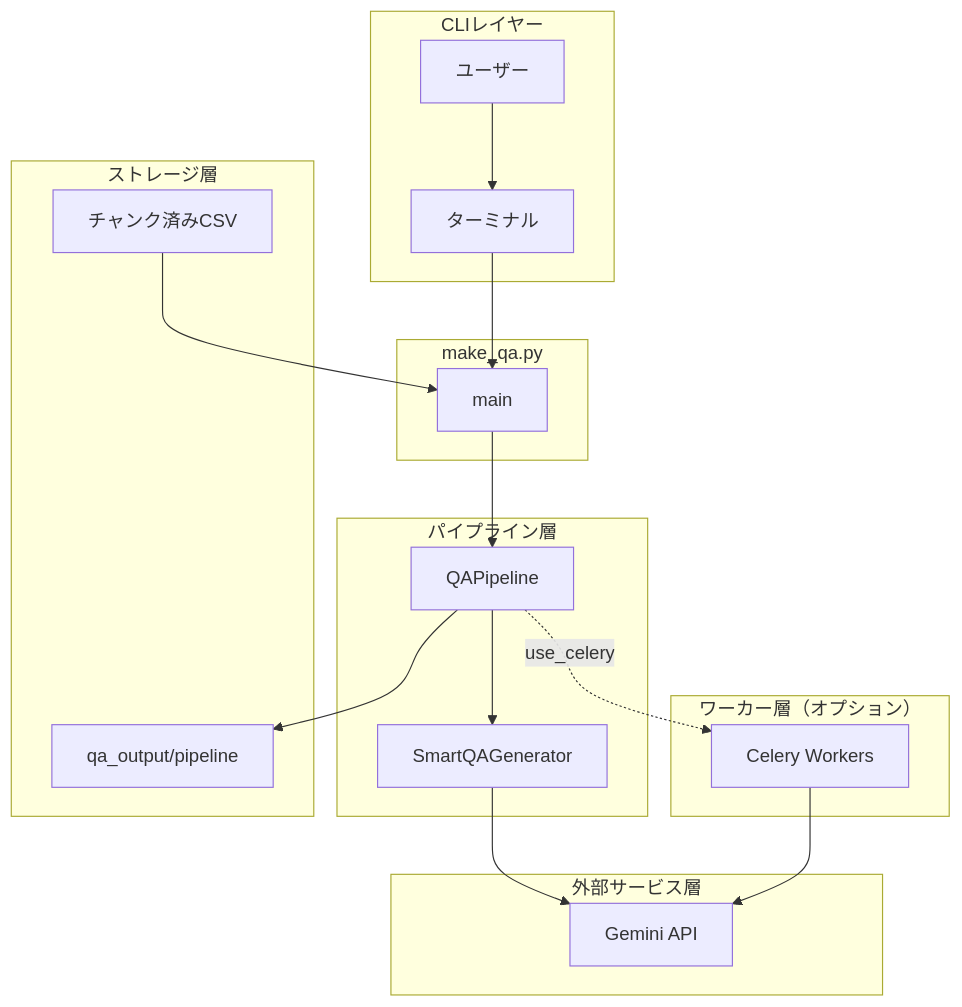
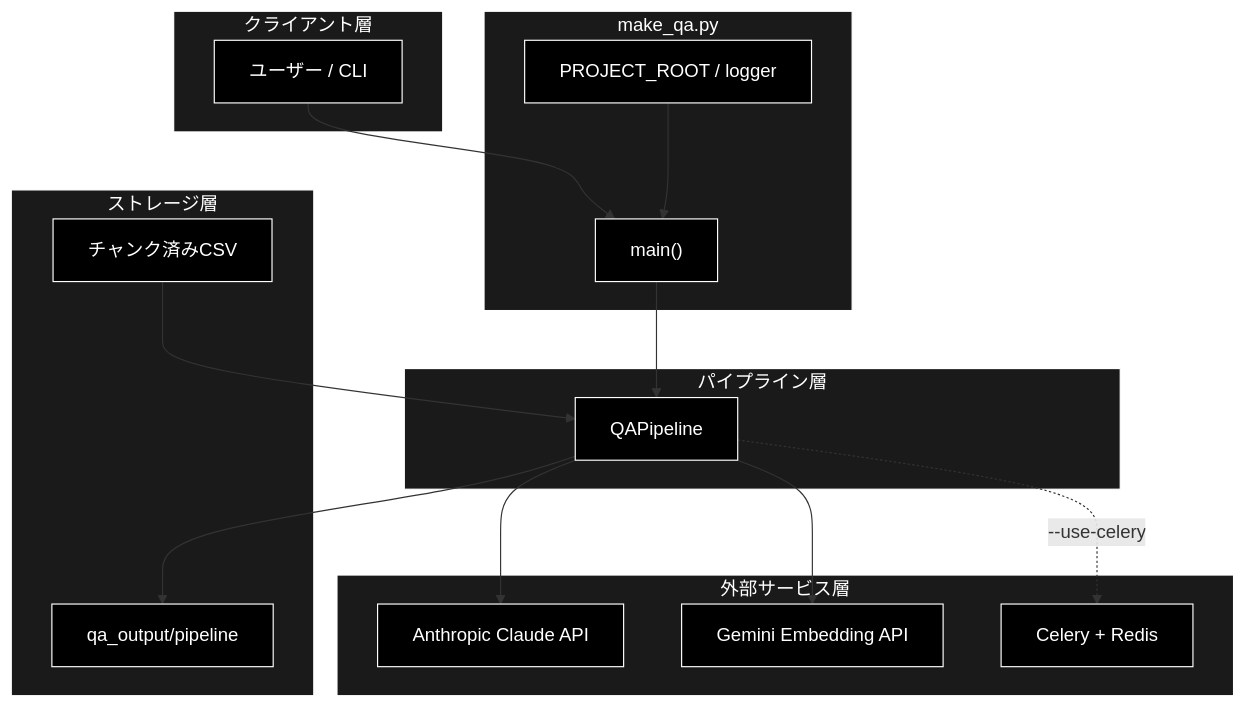
One commit to nakashima2toshio/anthropic_grace_agent_v2 changed the first of 3 diagrams in qa_qdrant/doc/make_qa.md. Above: the diagram before and after it, drawn with Mermaid. The commit also changed other lines of this file and 4 other files, not shown here.

````diff
--- a/qa_qdrant/doc/make_qa.md
+++ b/qa_qdrant/doc/make_qa.md
@@ -52,39 +73,43 @@
 ```mermaid
 flowchart TB
-    subgraph CLI["CLIレイヤー"]
-        USER[ユーザー]
-        TERMINAL[ターミナル]
+    subgraph CLIENT["クライアント層"]
+        USER["ユーザー / CLI"]
     end
 
-    subgraph ENTRY["make_qa.py"]
-        MAIN[main]
+    subgraph MODULE["make_qa.py"]
+        MAIN["main()"]
+        CONST["PROJECT_ROOT / logger"]
     end
 
     subgraph PIPELINE["パイプライン層"]
-        QA_PIPELINE[QAPipeline]
-        SMART_GEN[SmartQAGenerator]
-    end
-
-    subgraph WORKER["ワーカー層（オプション）"]
-        CELERY[Celery Workers]
+        QAPIPE["QAPipeline"]
     end
 
     subgraph EXTERNAL["外部サービス層"]
-        GEMINI[Gemini API]
+        LLM["Anthropic Claude API"]
+        GEMINI["Gemini Embedding API"]
+        CELERY["Celery + Redis"]
     end
 
     subgraph STORAGE["ストレージ層"]
-        INPUT_CSV[チャンク済みCSV]
-        OUTPUT[qa_output/pipeline]
+        INPUT["チャンク済みCSV"]
+        OUTPUT["qa_output/pipeline"]
     end
 
-    USER --> TERMINAL
-    TERMINAL --> MAIN
-    MAIN --> QA_PIPELINE
-    QA_PIPELINE --> SMART_GEN
-    QA_PIPELINE -.->|use_celery| CELERY
-    CELERY --> GEMINI
-    SMART_GEN --> GEMINI
-    INPUT_CSV --> MAIN
-    QA_PIPELINE --> OUTPUT
+    USER --> MAIN
+    CONST --> MAIN
+    MAIN --> QAPIPE
+    INPUT --> QAPIPE
+    QAPIPE -.->|--use-celery| CELERY
+    QAPIPE --> LLM
+    QAPIPE --> GEMINI
+    QAPIPE --> OUTPUT
+classDef default fill:#000,stroke:#fff,color:#fff
+classDef subgraphStyle fill:#1a1a1a,stroke:#fff,color:#fff
+class USER,MAIN,CONST,QAPIPE,LLM,GEMINI,CELERY,INPUT,OUTPUT default
+style CLIENT fill:#1a1a1a,stroke:#fff,color:#fff
+style MODULE fill:#1a1a1a,stroke:#fff,color:#fff
+style PIPELINE fill:#1a1a1a,stroke:#fff,color:#fff
+style EXTERNAL fill:#1a1a1a,stroke:#fff,color:#fff
+style STORAGE fill:#1a1a1a,stroke:#fff,color:#fff
 ```
````
